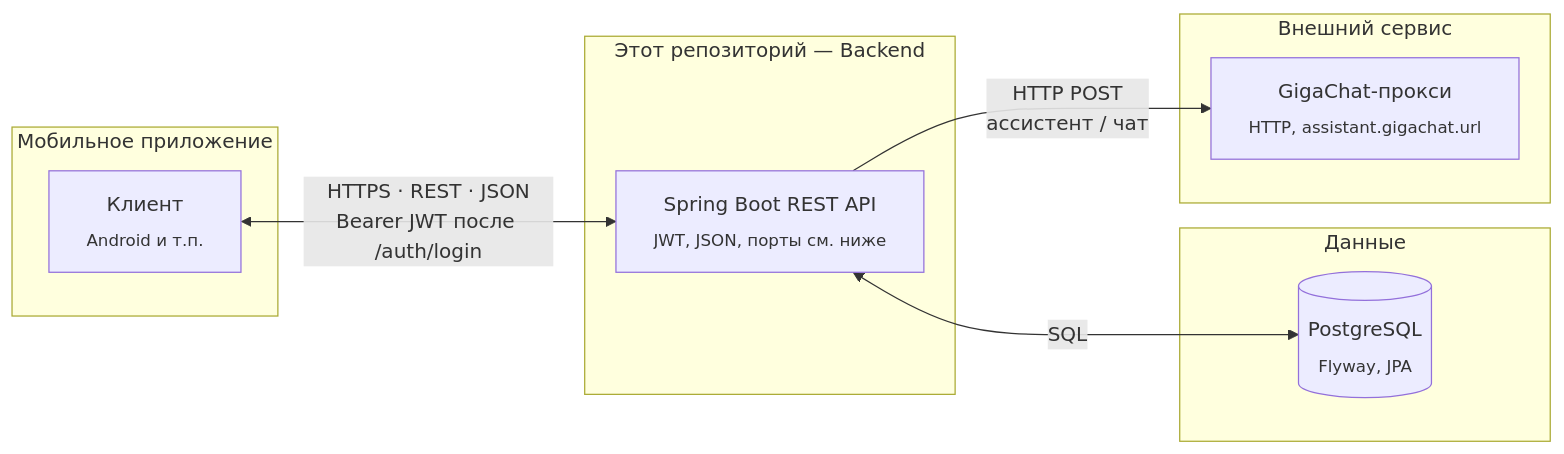
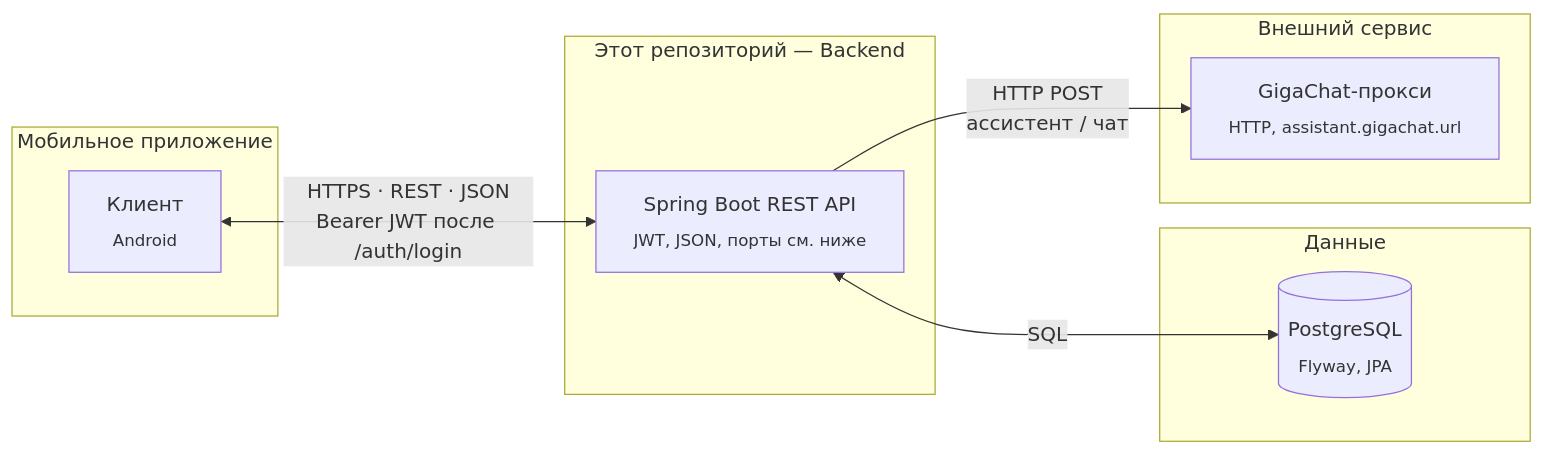
Before and after one commit to MCtext043/SMART_WALLET: the diagram in README.md, drawn with Mermaid.

````diff
--- a/README.md
+++ b/README.md
@@ -35,22 +35,22 @@
 ```mermaid
 flowchart LR
   subgraph MOBILE["Мобильное приложение"]
-    APP["Клиент<br/><sub>Android и т.п.</sub>"]
+    APP["Клиент<br/><sub>Android</sub>"]
   end
 
   subgraph SERVER["Этот репозиторий — Backend"]
     BE["Spring Boot REST API<br/><sub>JWT, JSON, порты см. ниже</sub>"]
   end
 
   subgraph DATA["Данные"]
     PG[("PostgreSQL<br/><sub>Flyway, JPA</sub>")]
   end
 
   subgraph EXT["Внешний сервис"]
     GIGA["GigaChat-прокси<br/><sub>HTTP, assistant.gigachat.url</sub>"]
   end
 
   APP <-->|"HTTPS · REST · JSON<br/>Bearer JWT после /auth/login"| BE
   BE <-->|"SQL"| PG
   BE -->|"HTTP POST<br/>ассистент / чат"| GIGA
 ```
````
